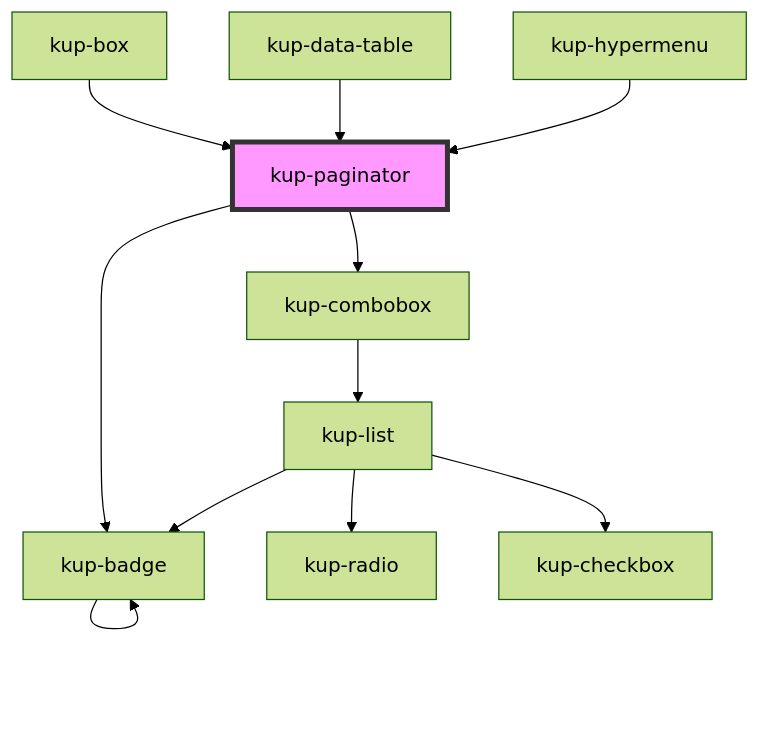
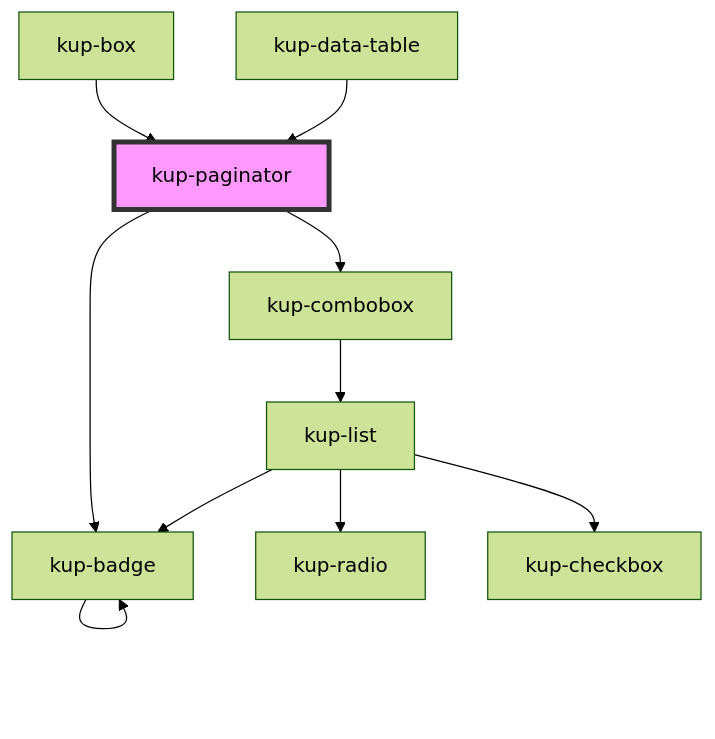
Before and after one commit to smeup/ketch.up: the diagram in packages/ketchup/src/components/kup-paginator/readme.md, drawn with Mermaid (forest theme). The commit also changed other lines of this file and 17 other files, not shown here.

````diff
--- a/packages/ketchup/src/components/kup-paginator/readme.md
+++ b/packages/ketchup/src/components/kup-paginator/readme.md
@@ -54,14 +53,13 @@
 ```mermaid
 graph TD;
   kup-paginator --> kup-combobox
   kup-paginator --> kup-badge
   kup-combobox --> kup-list
   kup-list --> kup-radio
   kup-list --> kup-checkbox
   kup-list --> kup-badge
   kup-badge --> kup-badge
   kup-box --> kup-paginator
   kup-data-table --> kup-paginator
-  kup-hypermenu --> kup-paginator
   style kup-paginator fill:#f9f,stroke:#333,stroke-width:4px
 ```
````
